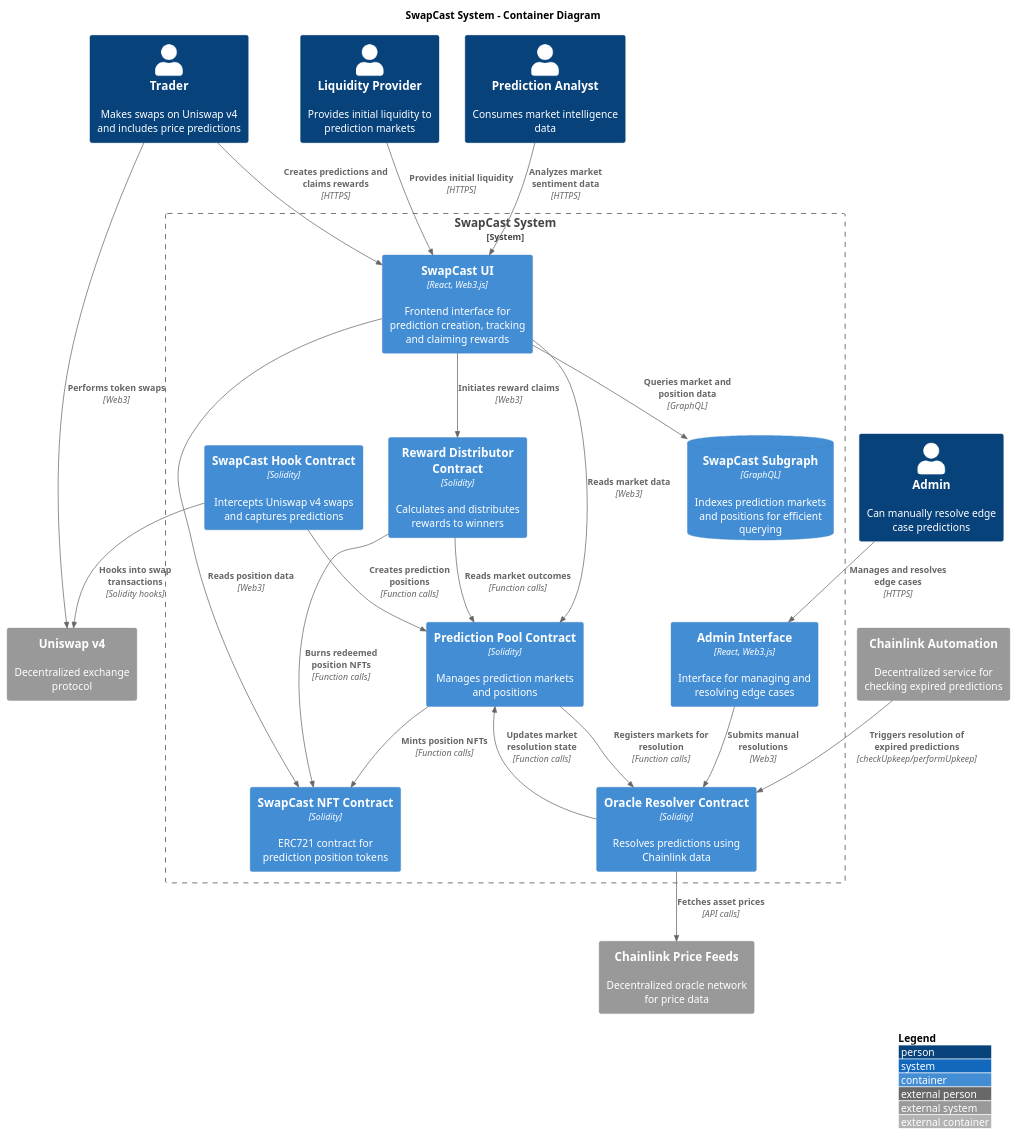
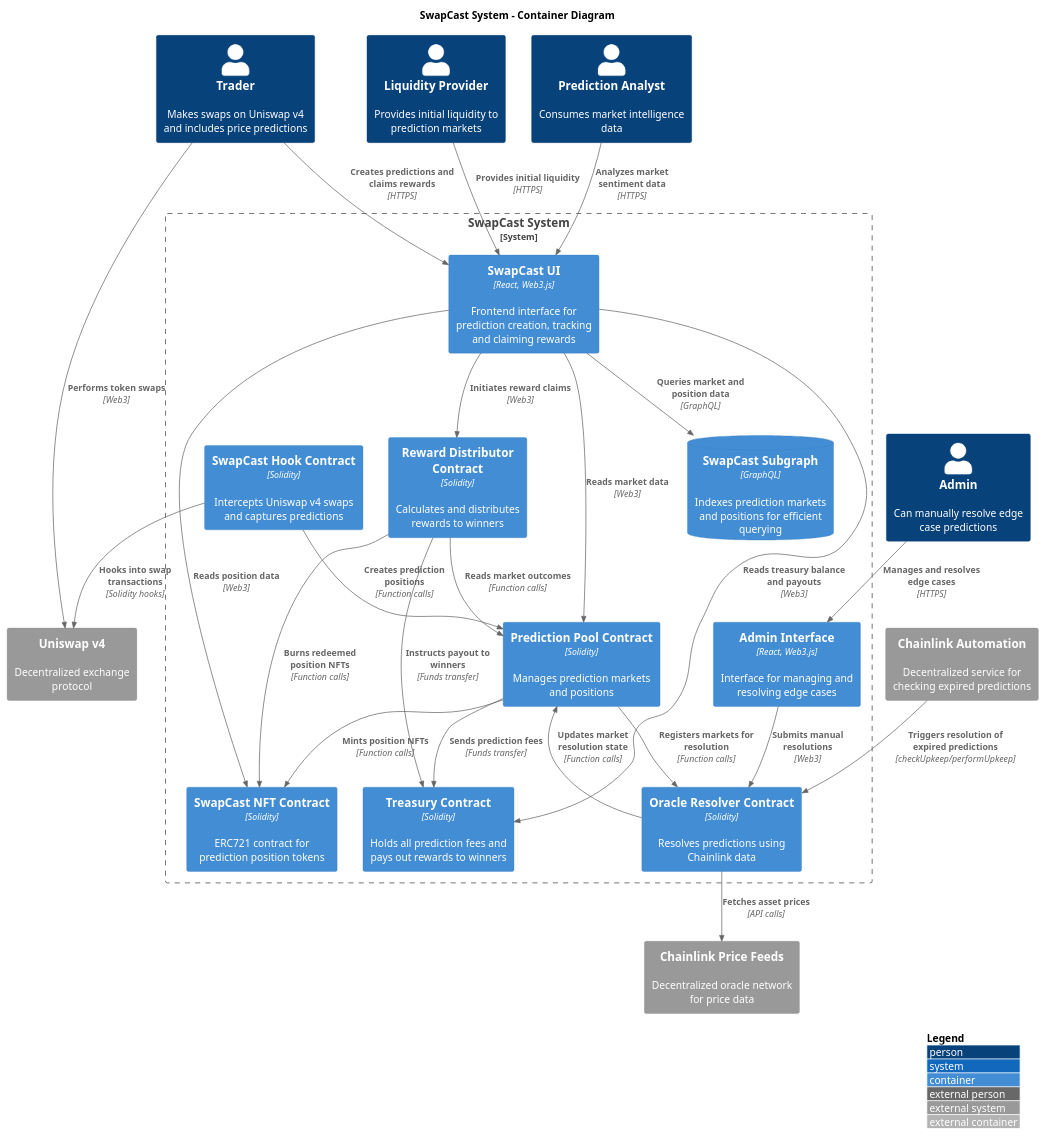
Before and after one commit to s-di-cola/swapcast: the diagram in docs/c4_architecture/1_container.puml, drawn with PlantUML. The commit also changed 21 other files, not shown here.

```diff
--- a/docs/c4_architecture/1_container.puml
+++ b/docs/c4_architecture/1_container.puml
@@ -1,56 +1,60 @@
 @startuml
 !include https://raw.githubusercontent.com/plantuml-stdlib/C4-PlantUML/master/C4_Context.puml
 !include https://raw.githubusercontent.com/plantuml-stdlib/C4-PlantUML/master/C4_Container.puml
 
 LAYOUT_WITH_LEGEND()
 
 title "SwapCast System - Container Diagram"
 
 Person(trader, "Trader", "Makes swaps on Uniswap v4 and includes price predictions")
 Person(liquidity_provider, "Liquidity Provider", "Provides initial liquidity to prediction markets")
 Person(prediction_analyst, "Prediction Analyst", "Consumes market intelligence data")
 Person(admin, "Admin", "Can manually resolve edge case predictions")
 
 System_Boundary(swapcast, "SwapCast System") {
     Container(swapcast_ui, "SwapCast UI", "React, Web3.js", "Frontend interface for prediction creation, tracking and claiming rewards")
     Container(admin_ui, "Admin Interface", "React, Web3.js", "Interface for managing and resolving edge cases")
 
     Container(swapcast_hook, "SwapCast Hook Contract", "Solidity", "Intercepts Uniswap v4 swaps and captures predictions")
     Container(prediction_pool, "Prediction Pool Contract", "Solidity", "Manages prediction markets and positions")
     Container(swapcast_nft, "SwapCast NFT Contract", "Solidity", "ERC721 contract for prediction position tokens")
     Container(oracle_resolver, "Oracle Resolver Contract", "Solidity", "Resolves predictions using Chainlink data")
     Container(reward_distributor, "Reward Distributor Contract", "Solidity", "Calculates and distributes rewards to winners")
+    Container(treasury, "Treasury Contract", "Solidity", "Holds all prediction fees and pays out rewards to winners")
 
     ContainerDb(subgraph, "SwapCast Subgraph", "GraphQL", "Indexes prediction markets and positions for efficient querying")
 }
 
 System_Ext(uniswap, "Uniswap v4", "Decentralized exchange protocol")
 System_Ext(chainlink_price, "Chainlink Price Feeds", "Decentralized oracle network for price data")
 System_Ext(chainlink_automation, "Chainlink Automation", "Decentralized service for checking expired predictions")
 
 Rel(trader, swapcast_ui, "Creates predictions and claims rewards", "HTTPS")
 Rel(trader, uniswap, "Performs token swaps", "Web3")
 Rel(liquidity_provider, swapcast_ui, "Provides initial liquidity", "HTTPS")
 Rel(prediction_analyst, swapcast_ui, "Analyzes market sentiment data", "HTTPS")
 Rel(admin, admin_ui, "Manages and resolves edge cases", "HTTPS")
 
 Rel(swapcast_ui, prediction_pool, "Reads market data", "Web3")
 Rel(swapcast_ui, swapcast_nft, "Reads position data", "Web3")
 Rel(swapcast_ui, reward_distributor, "Initiates reward claims", "Web3")
 Rel(swapcast_ui, subgraph, "Queries market and position data", "GraphQL")
 Rel(admin_ui, oracle_resolver, "Submits manual resolutions", "Web3")
 
 Rel(swapcast_hook, uniswap, "Hooks into swap transactions", "Solidity hooks")
 Rel(swapcast_hook, prediction_pool, "Creates prediction positions", "Function calls")
+Rel(prediction_pool, treasury, "Sends prediction fees", "Funds transfer")
+Rel(reward_distributor, treasury, "Instructs payout to winners", "Funds transfer")
+Rel(swapcast_ui, treasury, "Reads treasury balance and payouts", "Web3")
 
 Rel(prediction_pool, swapcast_nft, "Mints position NFTs", "Function calls")
 Rel(prediction_pool, oracle_resolver, "Registers markets for resolution", "Function calls")
 
 Rel(oracle_resolver, chainlink_price, "Fetches asset prices", "API calls")
 Rel(oracle_resolver, prediction_pool, "Updates market resolution state", "Function calls")
 Rel(chainlink_automation, oracle_resolver, "Triggers resolution of expired predictions", "checkUpkeep/performUpkeep")
 
 Rel(reward_distributor, prediction_pool, "Reads market outcomes", "Function calls")
 Rel(reward_distributor, swapcast_nft, "Burns redeemed position NFTs", "Function calls")
 
 @enduml
```
